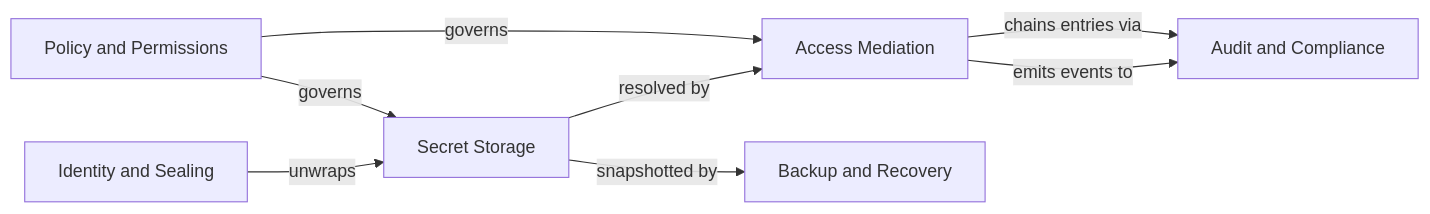
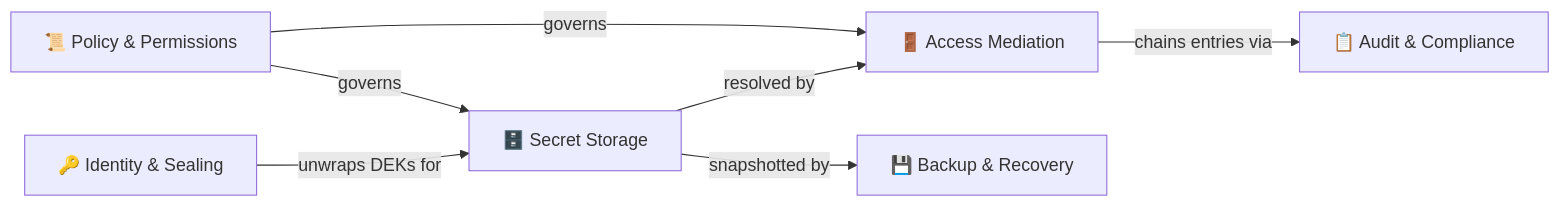
Before and after one commit to farchanjo/merkle: the second of 5 diagrams in README.md, drawn with Mermaid. The commit also changed other lines of this file, not shown here.

First line of the commit message:
docs(readme): rewrite from scratch with diagrams and full guide

````diff
--- a/README.md
+++ b/README.md
@@ -43,17 +84,16 @@
 ```mermaid
 flowchart LR
-    IdentityAndSealing[Identity and Sealing]
-    SecretStorage[Secret Storage]
-    AccessMediation[Access Mediation]
-    AuditCompliance[Audit and Compliance]
-    BackupRecovery[Backup and Recovery]
-    PolicyPermissions[Policy and Permissions]
+    IdentityAndSealing["🔑 Identity &amp; Sealing"]
+    SecretStorage["🗄️ Secret Storage"]
+    AccessMediation["🚪 Access Mediation"]
+    AuditCompliance["📋 Audit &amp; Compliance"]
+    BackupRecovery["💾 Backup &amp; Recovery"]
+    PolicyPermissions["📜 Policy &amp; Permissions"]
 
-    IdentityAndSealing -->|unwraps| SecretStorage
-    SecretStorage -->|resolved by| AccessMediation
-    AccessMediation -->|emits events to| AuditCompliance
-    SecretStorage -->|snapshotted by| BackupRecovery
-    PolicyPermissions -->|governs| AccessMediation
-    PolicyPermissions -->|governs| SecretStorage
-    AccessMediation -->|chains entries via| AuditCompliance
+    IdentityAndSealing -->|"unwraps DEKs for"| SecretStorage
+    SecretStorage -->|"resolved by"| AccessMediation
+    AccessMediation -->|"chains entries via"| AuditCompliance
+    SecretStorage -->|"snapshotted by"| BackupRecovery
+    PolicyPermissions -->|"governs"| AccessMediation
+    PolicyPermissions -->|"governs"| SecretStorage
 ```
````
